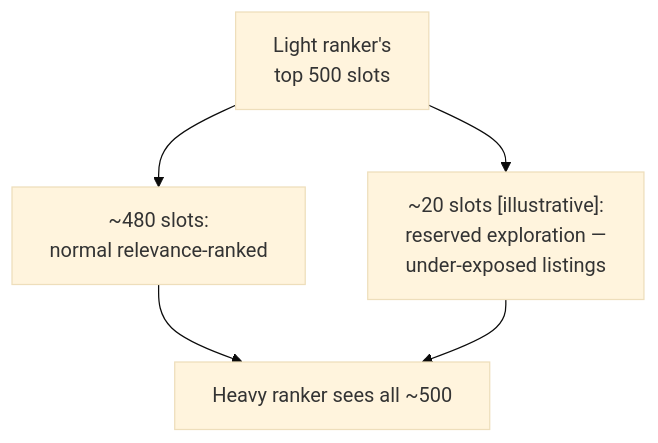
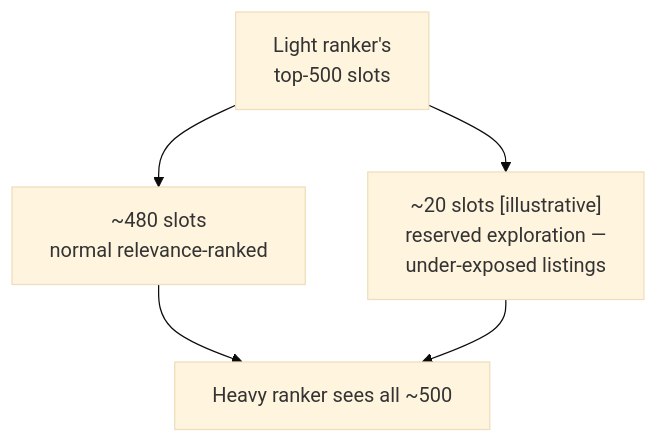
One commit to riyaz-pasha/Learnings changed the tenth of 16 diagrams in system-design/HLD/0-course/52-Design-Airbnb-Search-Ranking-FAANG-Guide-story.md. Above: the diagram before and after it, drawn with Mermaid (base theme). The commit also changed other lines of this file and 1 other file, not shown here.

Commit message:
[REWRITE] Airbnb Search Ranking story guide: simplify prose, add structure, fix diagrams

````diff
--- a/system-design/HLD/0-course/52-Design-Airbnb-Search-Ranking-FAANG-Guide-story.md
+++ b/system-design/HLD/0-course/52-Design-Airbnb-Search-Ranking-FAANG-Guide-story.md
@@ -180,7 +386,7 @@
 ```mermaid
 flowchart TD
-    A["Light ranker's\ntop 500 slots"] --> B["~480 slots:\nnormal relevance-ranked"]
-    A --> C["~20 slots [illustrative]:\nreserved exploration —\nunder-exposed listings"]
+    A["Light ranker's<br/>top-500 slots"] --> B["~480 slots<br/>normal relevance-ranked"]
+    A --> C["~20 slots [illustrative]<br/>reserved exploration —<br/>under-exposed listings"]
     B --> D["Heavy ranker sees all ~500"]
     C --> D
 ```
````
